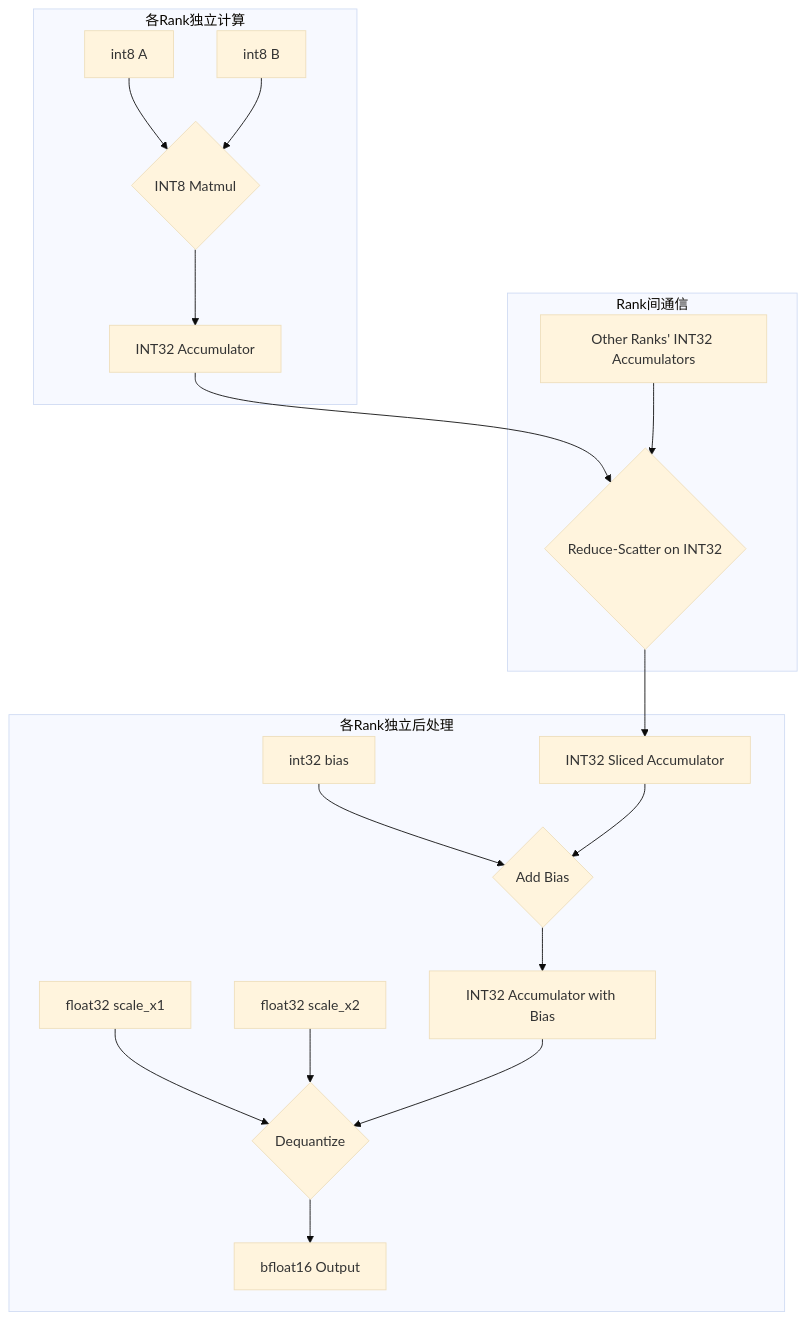
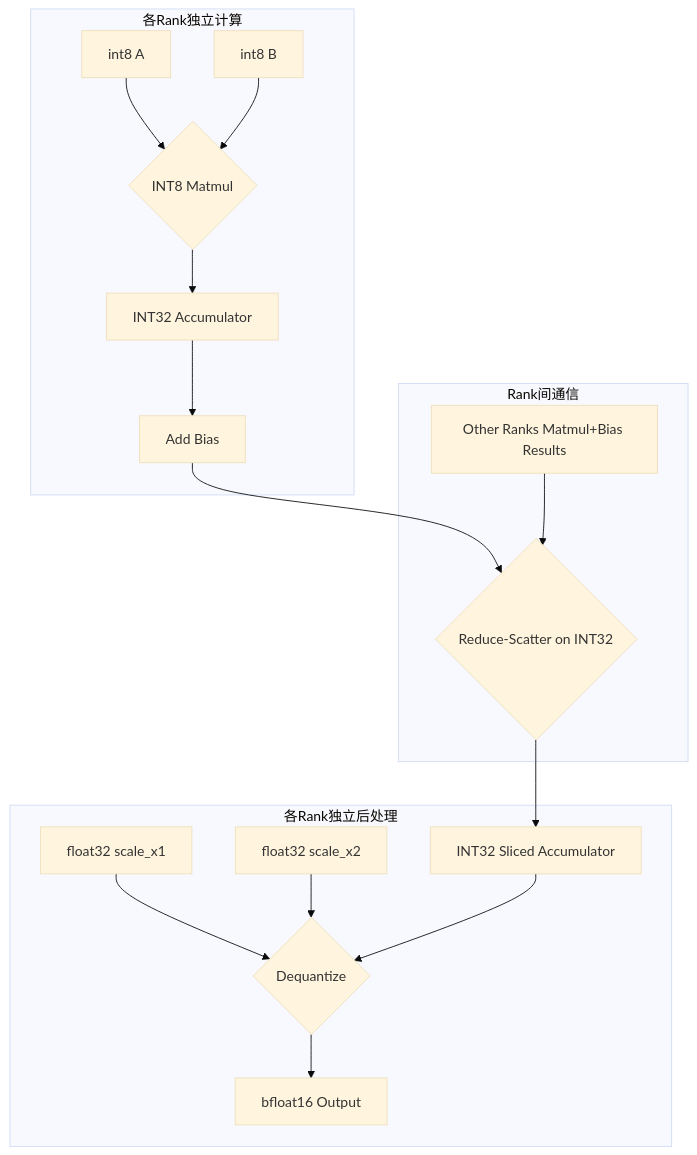
Before and after one commit to BillionsRichard/mm_rs_with_catlass: the first of 2 diagrams in quantized_matmul_reduce_scatter_design.md, drawn with Mermaid (base theme). The commit also changed other lines of this file and 7 other files, not shown here.

````diff
--- a/quantized_matmul_reduce_scatter_design.md
+++ b/quantized_matmul_reduce_scatter_design.md
@@ -41,24 +41,22 @@
 ```mermaid
 graph TD
     subgraph "各Rank独立计算"
         A[int8 A] --> C{INT8 Matmul}
         B[int8 B] --> C
         C --> D[INT32 Accumulator]
+        D --> H[Add Bias]
     end
 
     subgraph "Rank间通信"
-        D --> E{Reduce-Scatter on INT32}
-        F[Other Ranks' INT32 Accumulators] --> E
+        H --> E{Reduce-Scatter on INT32}
+        F[Other Ranks Matmul+Bias Results] --> E
     end
 
     subgraph "各Rank独立后处理"
         E --> G[INT32 Sliced Accumulator]
-        L[int32 bias] --> H{Add Bias}
-        G --> H
-        H --> I[INT32 Accumulator with Bias]
-        J[float32 scale_x1] --> K{Dequantize}
-        M[float32 scale_x2] --> K
-        I --> K
-        K --> N[bfloat16 Output]
+        I[float32 scale_x1] --> J{Dequantize}
+        K[float32 scale_x2] --> J
+        G --> J
+        J --> L[bfloat16 Output]
     end
 ```
````
